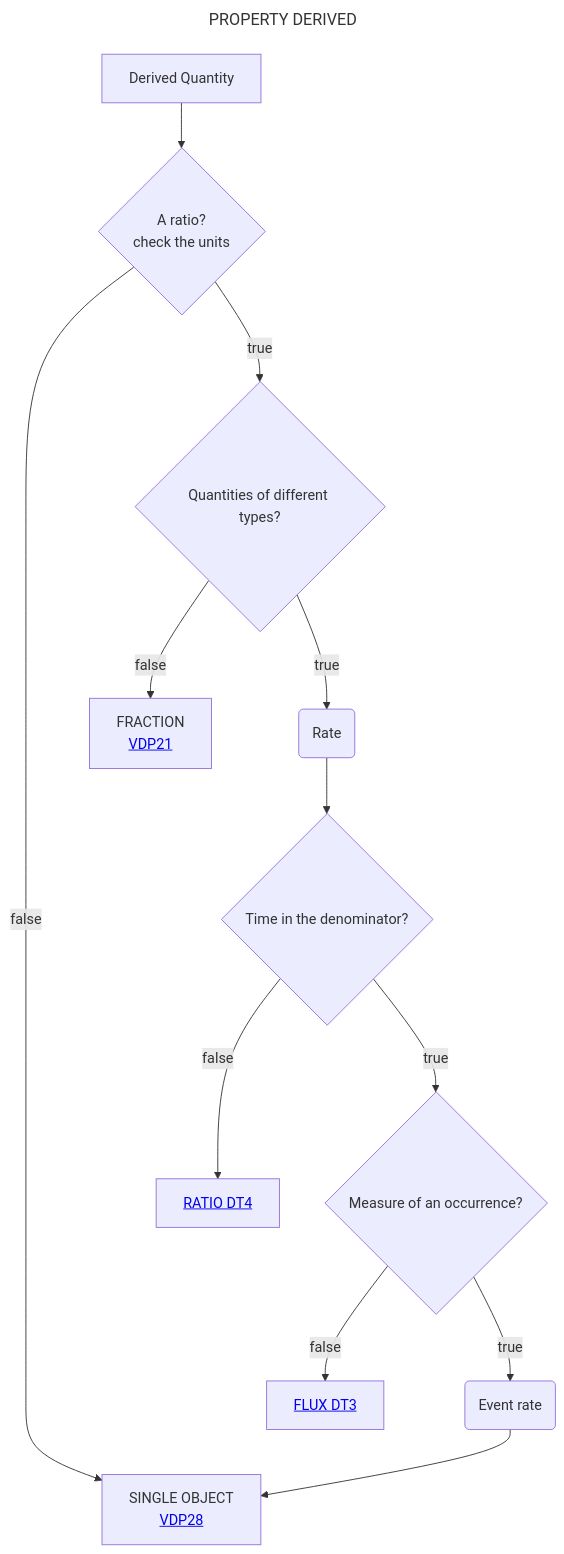
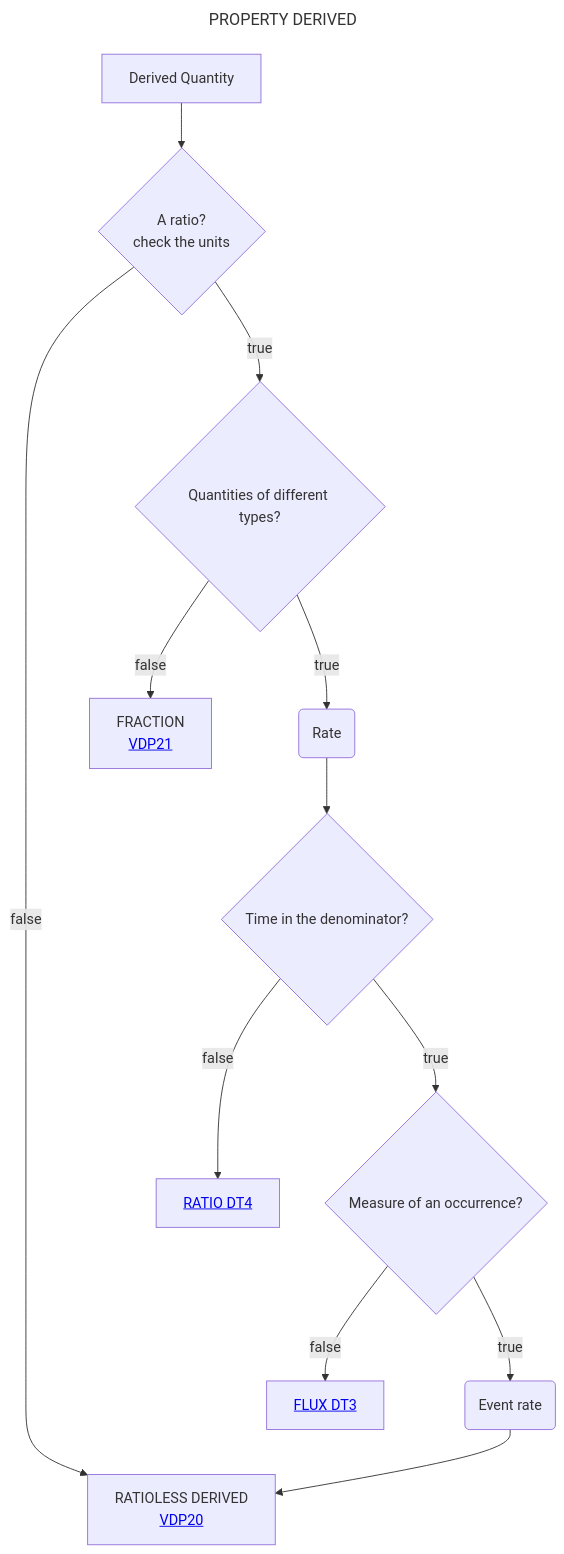
The diagram in Decisition_trees/DT2.mmd (mabablue/I-ADOPT-patterns-playground), drawn with Mermaid before and after one commit.

```diff
--- a/Decisition_trees/DT2.mmd
+++ b/Decisition_trees/DT2.mmd
@@ -1,15 +1,15 @@
 ---
 title: PROPERTY DERIVED
 ---
 flowchart TD
     A[Derived Quantity] --> B{A ratio?<br>check the units}
     B --> |true|C{Quantities of different types?} 
-    B --> |false|I[SINGLE OBJECT <br> <a href='https://github.com/mabablue/I-ADOPT-patterns-playground/blob/main/pattern/VDP28.yaml'>VDP28</a>]
+    B --> |false|I[RATIOLESS DERIVED <br> <a href='https://github.com/mabablue/I-ADOPT-patterns-playground/blob/main/pattern/VDP28.yaml'>VDP20</a>]
     C --> |true|MN(Rate) 
     MN --> N{Time in the denominator?}
     C --> |false|D[FRACTION <br> <a href='https://github.com/mabablue/I-ADOPT-patterns-playground/blob/main/pattern/VDP21.yaml'>VDP21</a>]
     N --> |true|E{Measure of an occurrence?}
     N --> |false|O[<a href='https://github.com/mabablue/I-ADOPT-patterns-playground/blob/main/Decisition_trees/DT4.mmd'>RATIO DT4</a>]
     E --> |true|L(Event rate)
     E --> |false|K[<a href='https://github.com/mabablue/I-ADOPT-patterns-playground/blob/main/Decisition_trees/DT3.mmd'>FLUX DT3</a>]
     L --> I
```
